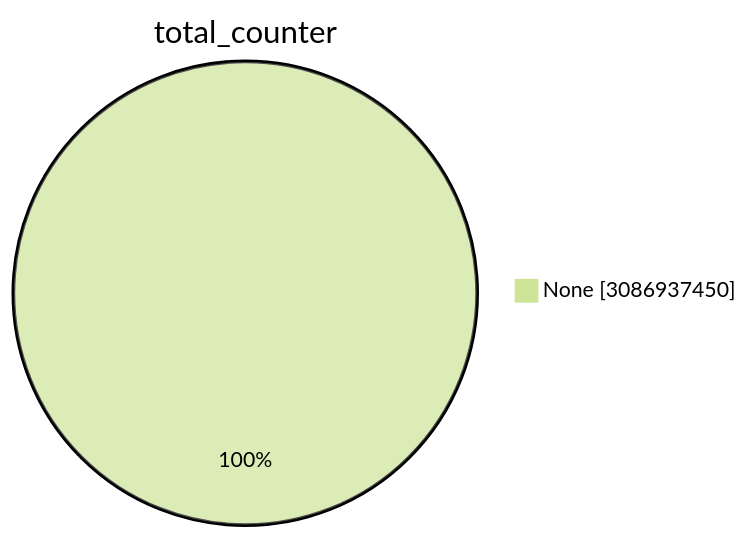
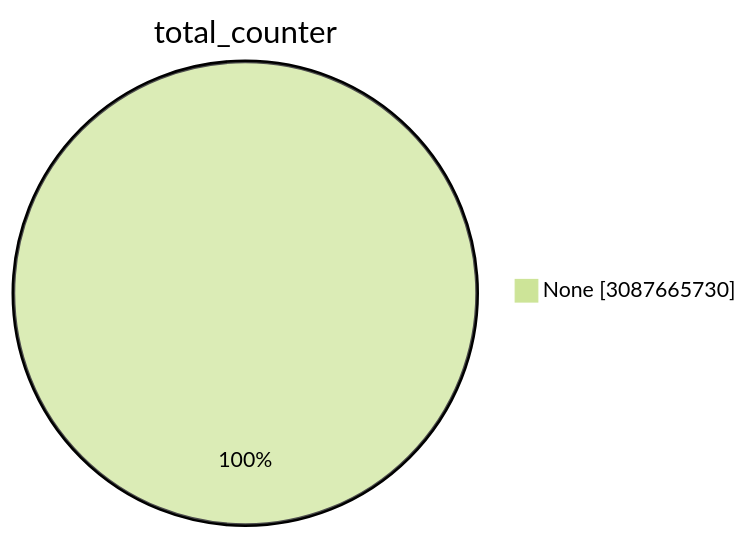
The first of 15 diagrams in TOTAL/README.md (christiankrug/ctmonitor_visualization), drawn with Mermaid (forest theme) before and after one commit. The commit also changed other lines of this file, not shown here.

````diff
--- a/TOTAL/README.md
+++ b/TOTAL/README.md
@@ -1,5 +1,5 @@
 ```mermaid
 pie showData
 title total_counter
-"None" :3086937450
+"None" :3087665730
 ```
````
